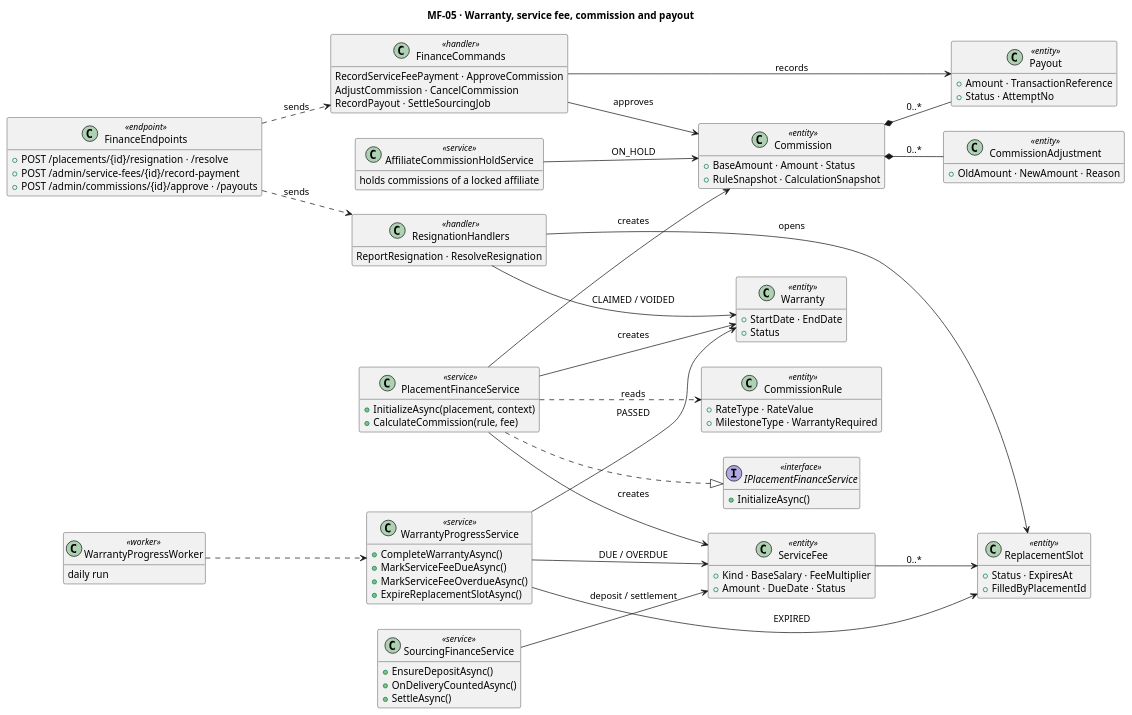
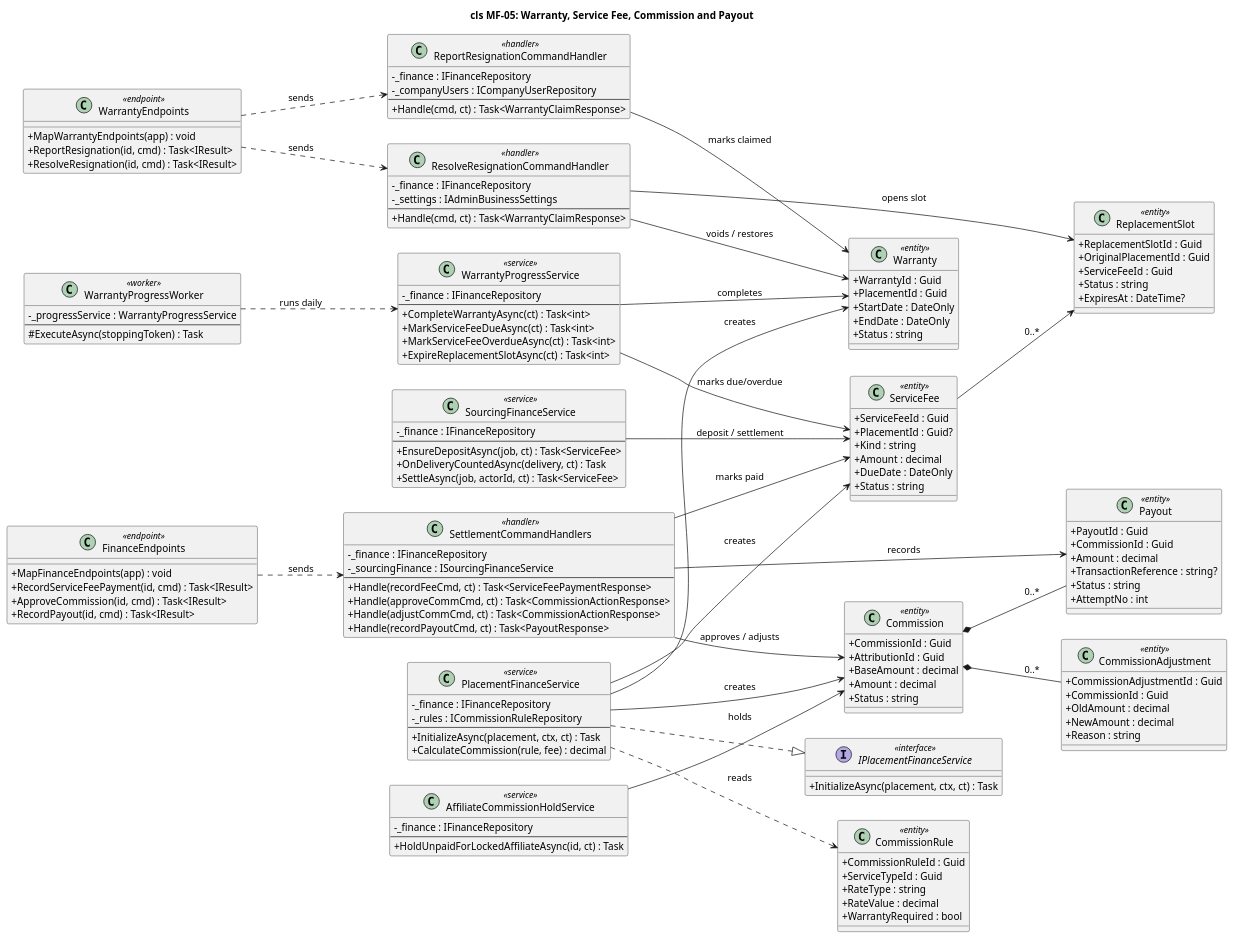
The diagram in docs/diagrams/classes/source/cls-mf05-finance.puml (hoangqui794/hr-connect), drawn with PlantUML before and after one commit. The commit also changed 157 other files, not shown here.

Commit message:
feat: add system architecture diagrams and documentation sources

```diff
--- a/docs/diagrams/classes/source/cls-mf05-finance.puml
+++ b/docs/diagrams/classes/source/cls-mf05-finance.puml
@@ -1,89 +1,145 @@
 @startuml cls-mf05-finance
-title MF-05 · Warranty, service fee, commission and payout
+title cls MF-05: Warranty, Service Fee, Commission and Payout
 left to right direction
-hide empty members
+skinparam classAttributeIconSize 0
 class FinanceEndpoints <<endpoint>> {
-  +POST /placements/{id}/resignation · /resolve
-  +POST /admin/service-fees/{id}/record-payment
-  +POST /admin/commissions/{id}/approve · /payouts
+  + MapFinanceEndpoints(app) : void
+  + RecordServiceFeePayment(id, cmd) : Task<IResult>
+  + ApproveCommission(id, cmd) : Task<IResult>
+  + RecordPayout(id, cmd) : Task<IResult>
+}
+class WarrantyEndpoints <<endpoint>> {
+  + MapWarrantyEndpoints(app) : void
+  + ReportResignation(id, cmd) : Task<IResult>
+  + ResolveResignation(id, cmd) : Task<IResult>
+}
+class WarrantyProgressWorker <<worker>> {
+  - _progressService : WarrantyProgressService
+  --
+  # ExecuteAsync(stoppingToken) : Task
+}
+class SettlementCommandHandlers <<handler>> {
+  - _finance : IFinanceRepository
+  - _sourcingFinance : ISourcingFinanceService
+  --
+  + Handle(recordFeeCmd, ct) : Task<ServiceFeePaymentResponse>
+  + Handle(approveCommCmd, ct) : Task<CommissionActionResponse>
+  + Handle(adjustCommCmd, ct) : Task<CommissionActionResponse>
+  + Handle(recordPayoutCmd, ct) : Task<PayoutResponse>
+}
+class ReportResignationCommandHandler <<handler>> {
+  - _finance : IFinanceRepository
+  - _companyUsers : ICompanyUserRepository
+  --
+  + Handle(cmd, ct) : Task<WarrantyClaimResponse>
+}
+class ResolveResignationCommandHandler <<handler>> {
+  - _finance : IFinanceRepository
+  - _settings : IAdminBusinessSettings
+  --
+  + Handle(cmd, ct) : Task<WarrantyClaimResponse>
+}
+class WarrantyProgressService <<service>> {
+  - _finance : IFinanceRepository
+  --
+  + CompleteWarrantyAsync(ct) : Task<int>
+  + MarkServiceFeeDueAsync(ct) : Task<int>
+  + MarkServiceFeeOverdueAsync(ct) : Task<int>
+  + ExpireReplacementSlotAsync(ct) : Task<int>
+}
+interface IPlacementFinanceService <<interface>> {
+  + InitializeAsync(placement, ctx, ct) : Task
 }
 class PlacementFinanceService <<service>> {
-  +InitializeAsync(placement, context)
-  +CalculateCommission(rule, fee)
-}
-class WarrantyProgressService <<service>> {
-  +CompleteWarrantyAsync()
-  +MarkServiceFeeDueAsync()
-  +MarkServiceFeeOverdueAsync()
-  +ExpireReplacementSlotAsync()
-}
-class WarrantyProgressWorker <<worker>> {
-  daily run
+  - _finance : IFinanceRepository
+  - _rules : ICommissionRuleRepository
+  --
+  + InitializeAsync(placement, ctx, ct) : Task
+  + CalculateCommission(rule, fee) : decimal
 }
 class SourcingFinanceService <<service>> {
-  +EnsureDepositAsync()
-  +OnDeliveryCountedAsync()
-  +SettleAsync()
+  - _finance : IFinanceRepository
+  --
+  + EnsureDepositAsync(job, ct) : Task<ServiceFee>
+  + OnDeliveryCountedAsync(delivery, ct) : Task
+  + SettleAsync(job, actorId, ct) : Task<ServiceFee>
 }
 class AffiliateCommissionHoldService <<service>> {
-  holds commissions of a locked affiliate
+  - _finance : IFinanceRepository
+  --
+  + HoldUnpaidForLockedAffiliateAsync(id, ct) : Task
 }
-class FinanceCommands <<handler>> {
-  RecordServiceFeePayment · ApproveCommission
-  AdjustCommission · CancelCommission
-  RecordPayout · SettleSourcingJob
+class CommissionRule <<entity>> {
+  + CommissionRuleId : Guid
+  + ServiceTypeId : Guid
+  + RateType : string
+  + RateValue : decimal
+  + WarrantyRequired : bool
 }
-class ResignationHandlers <<handler>> {
-  ReportResignation · ResolveResignation
+class ServiceFee <<entity>> {
+  + ServiceFeeId : Guid
+  + PlacementId : Guid?
+  + Kind : string
+  + Amount : decimal
+  + DueDate : DateOnly
+  + Status : string
+}
+class ReplacementSlot <<entity>> {
+  + ReplacementSlotId : Guid
+  + OriginalPlacementId : Guid
+  + ServiceFeeId : Guid
+  + Status : string
+  + ExpiresAt : DateTime?
 }
 class Warranty <<entity>> {
-  +StartDate · EndDate
-  +Status
-}
-class ServiceFee <<entity>> {
-  +Kind · BaseSalary · FeeMultiplier
-  +Amount · DueDate · Status
-}
-class ReplacementSlot <<entity>> {
-  +Status · ExpiresAt
-  +FilledByPlacementId
-}
-class CommissionRule <<entity>> {
-  +RateType · RateValue
-  +MilestoneType · WarrantyRequired
+  + WarrantyId : Guid
+  + PlacementId : Guid
+  + StartDate : DateOnly
+  + EndDate : DateOnly
+  + Status : string
 }
 class Commission <<entity>> {
-  +BaseAmount · Amount · Status
-  +RuleSnapshot · CalculationSnapshot
+  + CommissionId : Guid
+  + AttributionId : Guid
+  + BaseAmount : decimal
+  + Amount : decimal
+  + Status : string
 }
 class CommissionAdjustment <<entity>> {
-  +OldAmount · NewAmount · Reason
+  + CommissionAdjustmentId : Guid
+  + CommissionId : Guid
+  + OldAmount : decimal
+  + NewAmount : decimal
+  + Reason : string
 }
 class Payout <<entity>> {
-  +Amount · TransactionReference
-  +Status · AttemptNo
+  + PayoutId : Guid
+  + CommissionId : Guid
+  + Amount : decimal
+  + TransactionReference : string?
+  + Status : string
+  + AttemptNo : int
 }
-interface IPlacementFinanceService <<interface>> {
-  +InitializeAsync()
-}
+FinanceEndpoints ..> SettlementCommandHandlers : sends
+WarrantyEndpoints ..> ReportResignationCommandHandler : sends
+WarrantyEndpoints ..> ResolveResignationCommandHandler : sends
+WarrantyProgressWorker ..> WarrantyProgressService : runs daily
 PlacementFinanceService ..|> IPlacementFinanceService
+PlacementFinanceService --> ServiceFee : creates
 PlacementFinanceService --> Warranty : creates
-PlacementFinanceService --> ServiceFee : creates
 PlacementFinanceService --> Commission : creates
 PlacementFinanceService ..> CommissionRule : reads
-WarrantyProgressWorker ..> WarrantyProgressService
-WarrantyProgressService --> Warranty : PASSED
-WarrantyProgressService --> ServiceFee : DUE / OVERDUE
-WarrantyProgressService --> ReplacementSlot : EXPIRED
-FinanceEndpoints ..> FinanceCommands : sends
-FinanceEndpoints ..> ResignationHandlers : sends
-ResignationHandlers --> Warranty : CLAIMED / VOIDED
-ResignationHandlers --> ReplacementSlot : opens
-FinanceCommands --> Commission : approves
-FinanceCommands --> Payout : records
-AffiliateCommissionHoldService --> Commission : ON_HOLD
 SourcingFinanceService --> ServiceFee : deposit / settlement
+AffiliateCommissionHoldService --> Commission : holds
+SettlementCommandHandlers --> ServiceFee : marks paid
+SettlementCommandHandlers --> Commission : approves / adjusts
+SettlementCommandHandlers --> Payout : records
+ReportResignationCommandHandler --> Warranty : marks claimed
+ResolveResignationCommandHandler --> Warranty : voids / restores
+ResolveResignationCommandHandler --> ReplacementSlot : opens slot
+WarrantyProgressService --> Warranty : completes
+WarrantyProgressService --> ServiceFee : marks due/overdue
+ServiceFee --> ReplacementSlot : 0..*
 Commission *-- CommissionAdjustment : 0..*
 Commission *-- Payout : 0..*
-ServiceFee --> ReplacementSlot : 0..*
 @enduml
```
